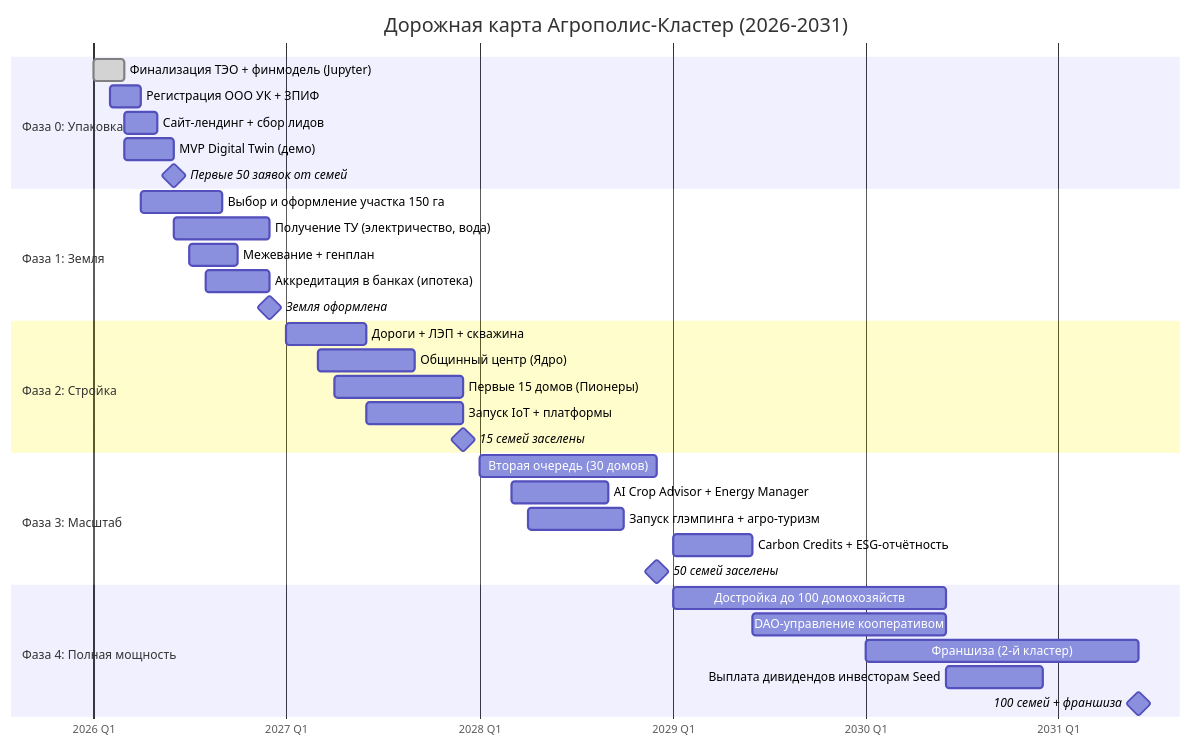
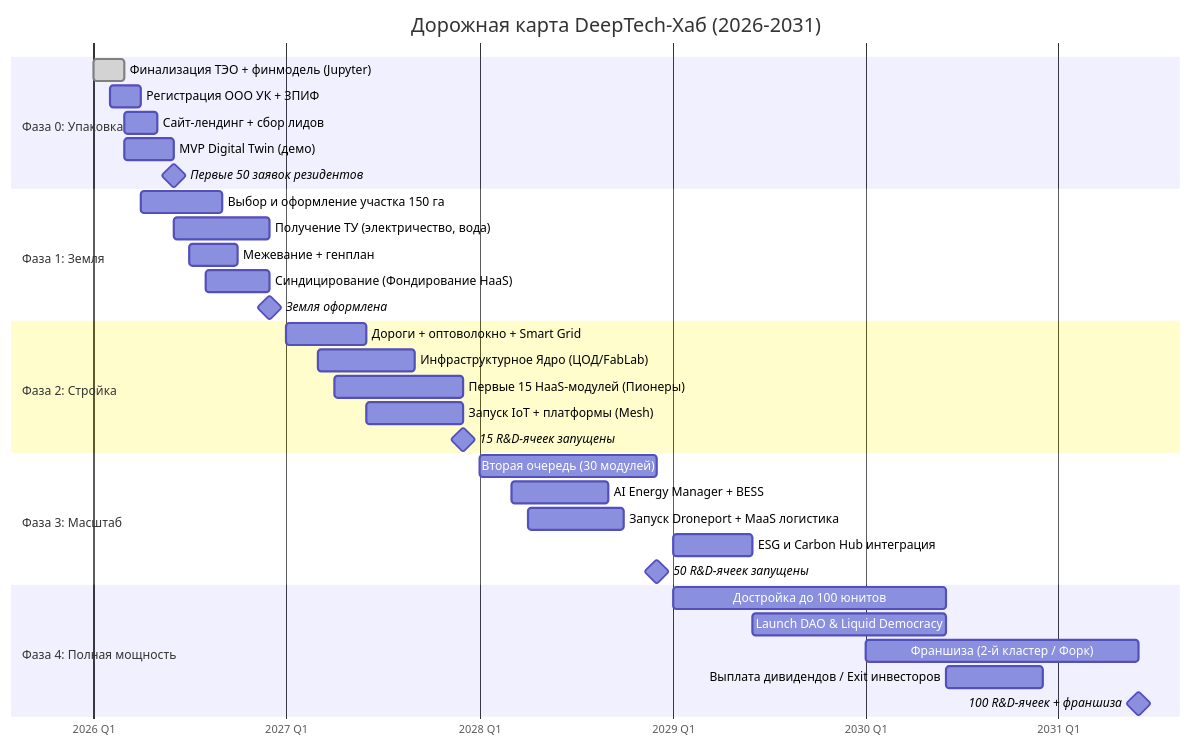
Before and after one commit to NeuroLoft/NEURO-ESTATE: the diagram in ТЭО_Родовое_Поместье_Кейс/ТЭО_Родовое_Поместье_Раздел_11_Выводы_и_рекомендации.md, drawn with Mermaid. The commit also changed other lines of this file and 30 other files, not shown here.

````diff
--- a/ТЭО_Родовое_Поместье_Кейс/ТЭО_Родовое_Поместье_Раздел_11_Выводы_и_рекомендации.md
+++ b/ТЭО_Родовое_Поместье_Кейс/ТЭО_Родовое_Поместье_Раздел_11_Выводы_и_рекомендации.md
@@ -72,41 +62,41 @@
 ```mermaid
 gantt
-    title Дорожная карта Агрополис-Кластер (2026-2031)
+    title Дорожная карта DeepTech-Хаб (2026-2031)
     dateFormat YYYY-MM
     axisFormat %Y Q%q
-    
+
     section Фаза 0: Упаковка
     Финализация ТЭО + финмодель (Jupyter)  :done, f0a, 2026-01, 2026-03
     Регистрация ООО УК + ЗПИФ              :f0b, 2026-02, 2026-04
     Сайт-лендинг + сбор лидов              :f0c, 2026-03, 2026-05
     MVP Digital Twin (демо)                :f0d, 2026-03, 2026-06
-    Первые 50 заявок от семей              :milestone, m1, 2026-06, 0d
-    
+    Первые 50 заявок резидентов            :milestone, m1, 2026-06, 0d
+
     section Фаза 1: Земля
     Выбор и оформление участка 150 га      :f1a, 2026-04, 2026-09
     Получение ТУ (электричество, вода)     :f1b, 2026-06, 2026-12
     Межевание + генплан                    :f1c, 2026-07, 2026-10
-    Аккредитация в банках (ипотека)         :f1d, 2026-08, 2026-12
+    Синдицирование (Фондирование HaaS)     :f1d, 2026-08, 2026-12
     Земля оформлена                        :milestone, m2, 2026-12, 0d
-    
+
     section Фаза 2: Стройка
-    Дороги + ЛЭП + скважина               :f2a, 2027-01, 2027-06
-    Общинный центр (Ядро)                 :f2b, 2027-03, 2027-09
-    Первые 15 домов (Пионеры)             :f2c, 2027-04, 2027-12
-    Запуск IoT + платформы                :f2d, 2027-06, 2027-12
-    15 семей заселены                     :milestone, m3, 2027-12, 0d
-    
+    Дороги + оптоволокно + Smart Grid     :f2a, 2027-01, 2027-06
+    Инфраструктурное Ядро (ЦОД/FabLab)    :f2b, 2027-03, 2027-09
+    Первые 15 HaaS-модулей (Пионеры)      :f2c, 2027-04, 2027-12
+    Запуск IoT + платформы (Mesh)         :f2d, 2027-06, 2027-12
+    15 R&D-ячеек запущены                 :milestone, m3, 2027-12, 0d
+
     section Фаза 3: Масштаб
-    Вторая очередь (30 домов)             :f3a, 2028-01, 2028-12
-    AI Crop Advisor + Energy Manager      :f3b, 2028-03, 2028-09
-    Запуск глэмпинга + агро-туризм        :f3c, 2028-04, 2028-10
-    Carbon Credits + ESG-отчётность       :f3d, 2029-01, 2029-06
-    50 семей заселены                     :milestone, m4, 2028-12, 0d
-    
+    Вторая очередь (30 модулей)           :f3a, 2028-01, 2028-12
+    AI Energy Manager + BESS              :f3b, 2028-03, 2028-09
+    Запуск Droneport + MaaS логистика     :f3c, 2028-04, 2028-10
+    ESG и Carbon Hub интеграция           :f3d, 2029-01, 2029-06
+    50 R&D-ячеек запущены                 :milestone, m4, 2028-12, 0d
+
     section Фаза 4: Полная мощность
-    Достройка до 100 домохозяйств         :f4a, 2029-01, 2030-06
-    DAO-управление кооперативом            :f4b, 2029-06, 2030-06
-    Франшиза (2-й кластер)                :f4c, 2030-01, 2031-06
-    Выплата дивидендов инвесторам Seed     :f4d, 2030-06, 2030-12
-    100 семей + франшиза                  :milestone, m5, 2031-06, 0d
+    Достройка до 100 юнитов               :f4a, 2029-01, 2030-06
+    Launch DAO & Liquid Democracy         :f4b, 2029-06, 2030-06
+    Франшиза (2-й кластер / Форк)         :f4c, 2030-01, 2031-06
+    Выплата дивидендов / Exit инвесторов  :f4d, 2030-06, 2030-12
+    100 R&D-ячеек + франшиза              :milestone, m5, 2031-06, 0d
 ```
````
